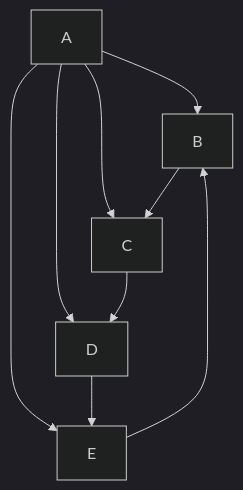
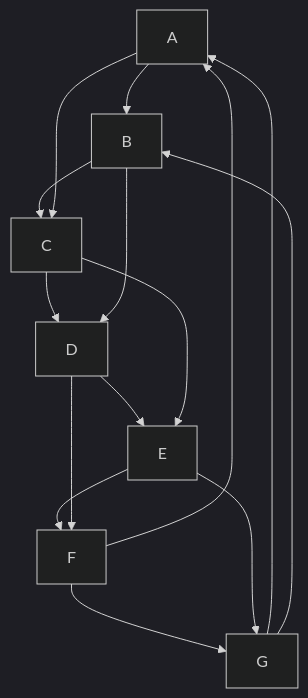
The second of 2 diagrams in 4.Graph_Theory/2.Trees/exercises.md (ledmer/CSC208), drawn with Mermaid (dark theme) before and after one commit.

````diff
--- a/4.Graph_Theory/2.Trees/exercises.md
+++ b/4.Graph_Theory/2.Trees/exercises.md
@@ -63,11 +63,17 @@
 ```mermaid
 graph TD;
-    A --> B;
-    A --> C;
-    A --> D;
-    A --> E;
-    B --> C;
-    C --> D;
-    D --> E;
-    E --> B;
+    A-->B;
+    B-->C;
+    C-->D;
+    D-->E;
+    E-->F;
+    F-->G;
+    G-->A;
+    A-->C;
+    B-->D;
+    C-->E;
+    D-->F;
+    E-->G;
+    F-->A;
+    G-->B;
 ```
````
